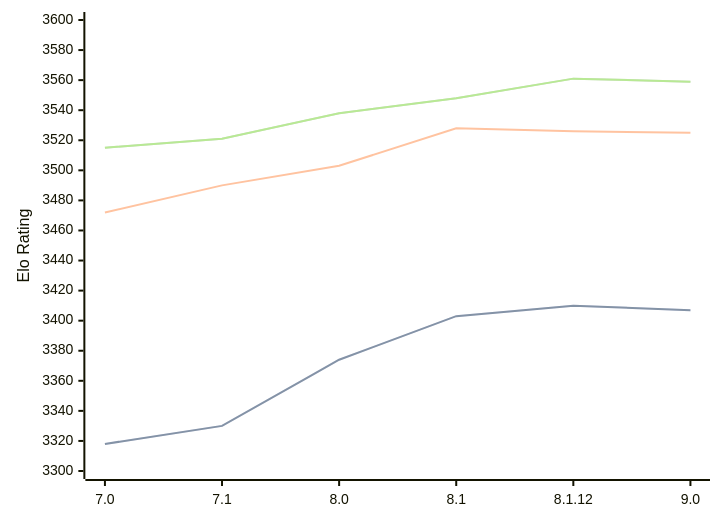
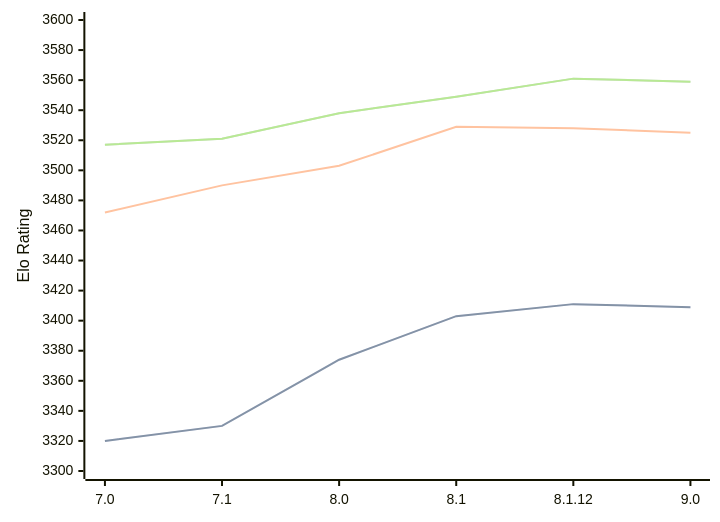
Before and after one commit to computer-chess-index/cci: the third of 3 diagrams in engines/Alexandria.md, drawn with Mermaid. The commit also changed other lines of this file, not shown here.

Commit message:
Update CCI Ratings (ELO VLTC) - 2026-06-21

````diff
--- a/engines/Alexandria.md
+++ b/engines/Alexandria.md
@@ -88,11 +88,11 @@
 ```mermaid
 %%{init: {"theme":"base","themeVariables":{"seriesColors:['#a3a3a3','#222221','#faa371']}}}%%
 xychart-beta
   x-axis ["7.0", "7.1", "8.0", "8.1", "8.1.12", "9.0"]
   y-axis "Elo Rating" 3300 --> 3600
-  line "STC (8.0+0.08s)" [3318, 3330, 3374, 3403, 3410, 3407]
-  line "STC (8.0+0.08s)" [3318, 3330, 3374, 3403, 3410, 3407]
-  line "LTC (60.0+0.60s)" [3472, 3490, 3503, 3528, 3526, 3525]
-  line "VLTC (2m24s+1.12s)" [3515, 3521, 3538, 3548, 3561, 3559]
-  line "VLTC (2m24s+1.12s)" [3515, 3521, 3538, 3548, 3561, 3559]
+  line "STC (8.0+0.08s)" [3320, 3330, 3374, 3403, 3411, 3409]
+  line "STC (8.0+0.08s)" [3320, 3330, 3374, 3403, 3411, 3409]
+  line "LTC (60.0+0.60s)" [3472, 3490, 3503, 3529, 3528, 3525]
+  line "VLTC (2m24s+1.12s)" [3517, 3521, 3538, 3549, 3561, 3559]
+  line "VLTC (2m24s+1.12s)" [3517, 3521, 3538, 3549, 3561, 3559]
 ```
````
